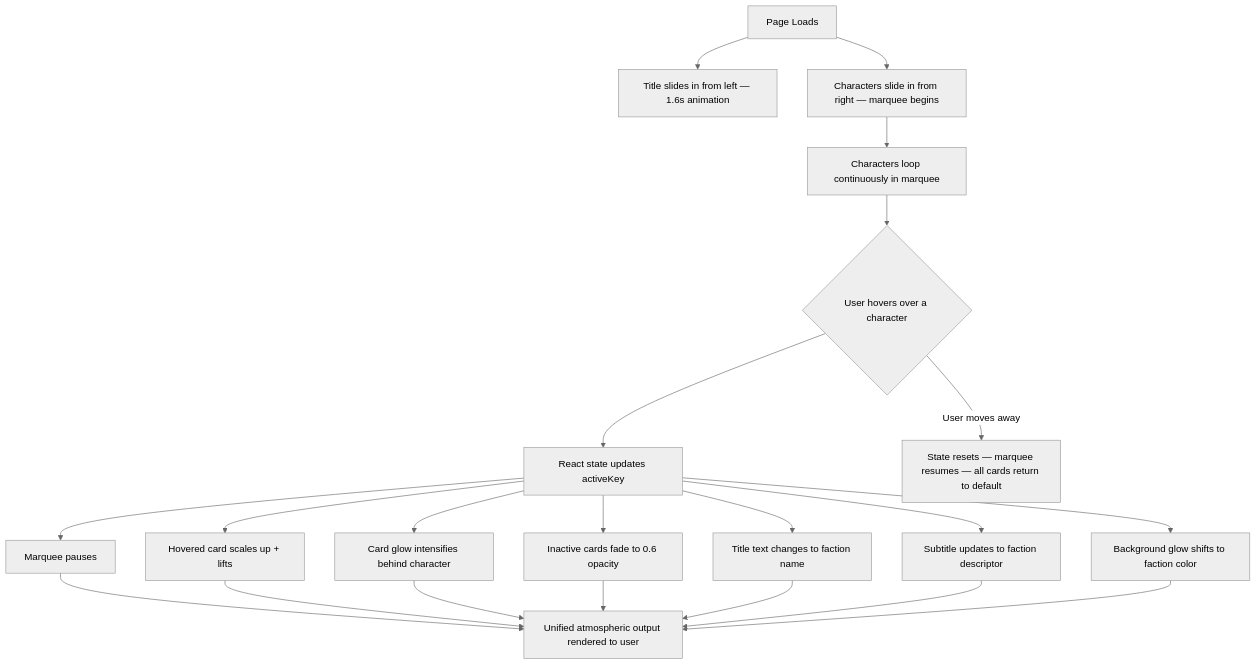
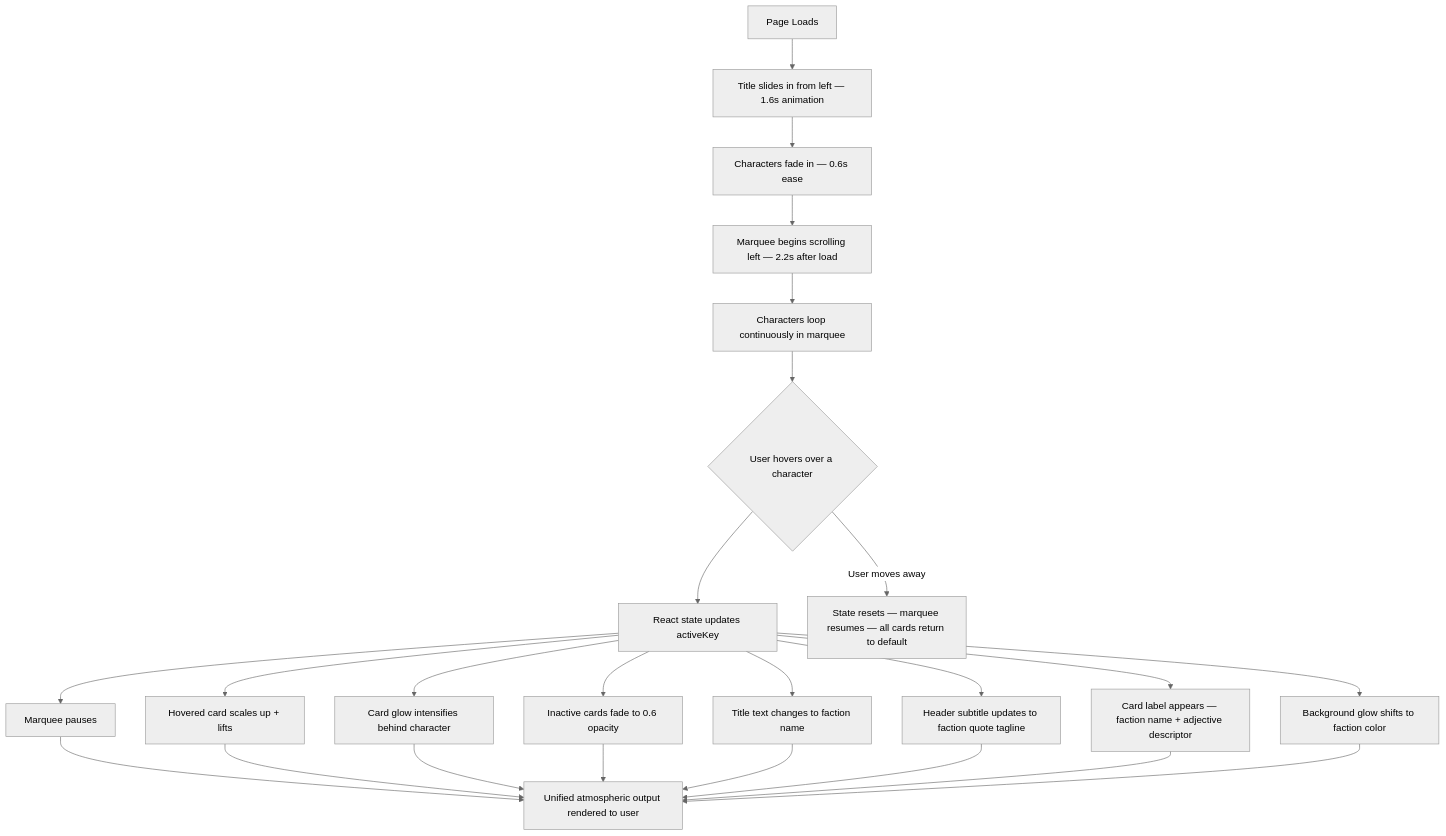
Before and after one commit to emihsu0510/CharacterSelectScreen: the diagram in README.md, drawn with Mermaid (neutral theme).

````diff
--- a/README.md
+++ b/README.md
@@ -64,20 +64,22 @@
 ```mermaid
 flowchart TD
     A[Page Loads] --> B[Title slides in from left — 1.6s animation]
-    A --> C[Characters slide in from right — marquee begins]
-    C --> D[Characters loop continuously in marquee]
+    B --> C[Characters fade in — 0.6s ease]
+    C --> D[Marquee begins scrolling left — 2.2s after load]
+    D --> E[Characters loop continuously in marquee]
 
-    D --> E{User hovers over a character}
-    E --> F[React state updates activeKey]
-    F --> G[Marquee pauses]
-    F --> H[Hovered card scales up + lifts]
-    F --> I[Card glow intensifies behind character]
-    F --> J[Inactive cards fade to 0.6 opacity]
-    F --> K[Title text changes to faction name]
-    F --> L[Subtitle updates to faction descriptor]
-    F --> M[Background glow shifts to faction color]
+    E --> F{User hovers over a character}
+    F --> G[React state updates activeKey]
+    G --> H[Marquee pauses]
+    G --> I[Hovered card scales up + lifts]
+    G --> J[Card glow intensifies behind character]
+    G --> K[Inactive cards fade to 0.6 opacity]
+    G --> L[Title text changes to faction name]
+    G --> M[Header subtitle updates to faction quote tagline]
+    G --> N[Card label appears — faction name + adjective descriptor]
+    G --> O[Background glow shifts to faction color]
 
-    G & H & I & J & K & L & M --> N[Unified atmospheric output rendered to user]
+    H & I & J & K & L & M & N & O --> P[Unified atmospheric output rendered to user]
 
-    E --> |User moves away| O[State resets — marquee resumes — all cards return to default]
+    F --> |User moves away| Q[State resets — marquee resumes — all cards return to default]
 ```
````
